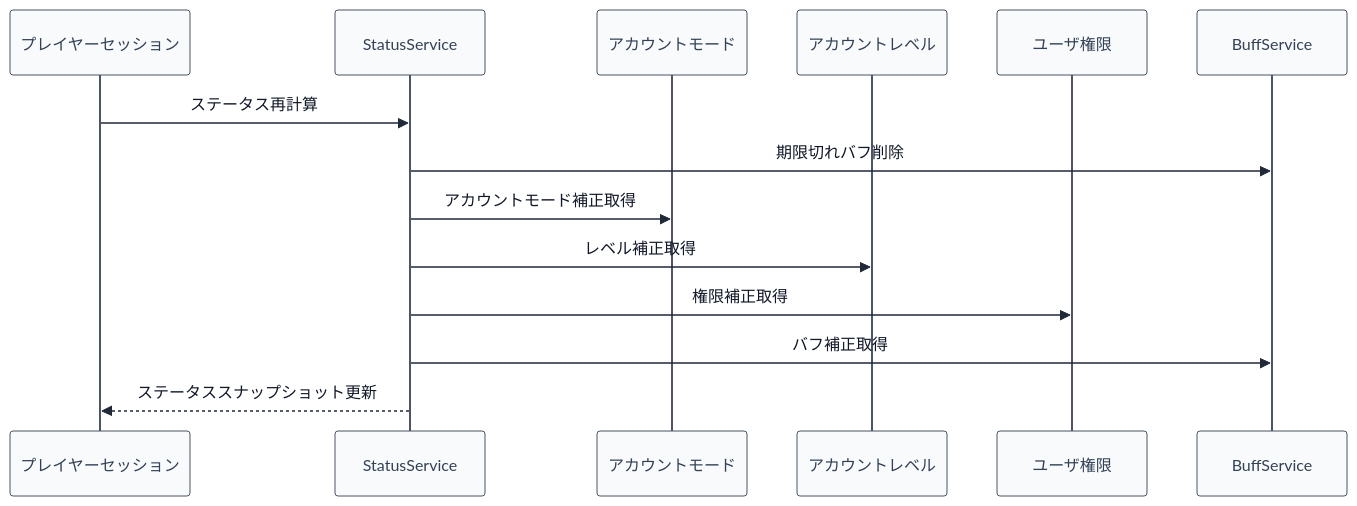
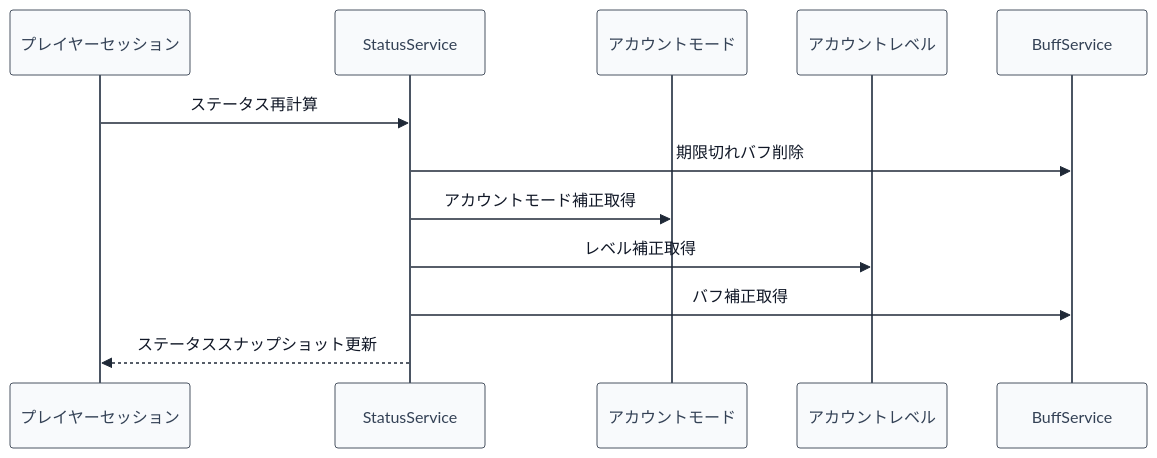
Before and after one commit to maaasu/AstralRecord-Workspace: the diagram in 00_docs/10_Plugin設計書/feature/07-status/4-統合フロー/07_4.00-統合フロー.md, drawn with Mermaid. The commit also changed other lines of this file and 6 other files, not shown here.

````diff
--- a/00_docs/10_Plugin設計書/feature/07-status/4-統合フロー/07_4.00-統合フロー.md
+++ b/00_docs/10_Plugin設計書/feature/07-status/4-統合フロー/07_4.00-統合フロー.md
@@ -5,18 +5,16 @@
 ```mermaid
 %%{init: {"theme": "base", "themeVariables": {"lineColor": "#1f2937", "signalColor": "#1f2937", "signalTextColor": "#111827", "actorBkg": "#f8fafc", "actorBorder": "#4b5563", "actorTextColor": "#334155", "labelBoxBkgColor": "#ffffff", "labelBoxBorderColor": "#374151", "labelTextColor": "#111827"}}}%%
 sequenceDiagram
     participant P as プレイヤーセッション
     participant S as StatusService
     participant A as アカウントモード
     participant L as アカウントレベル
-    participant U as ユーザ権限
     participant B as BuffService
 
     P->>S: ステータス再計算
     S->>B: 期限切れバフ削除
     S->>A: アカウントモード補正取得
     S->>L: レベル補正取得
-    S->>U: 権限補正取得
     S->>B: バフ補正取得
     S-->>P: ステータススナップショット更新
 ```
````
